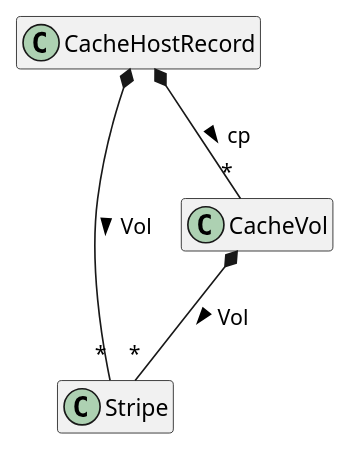
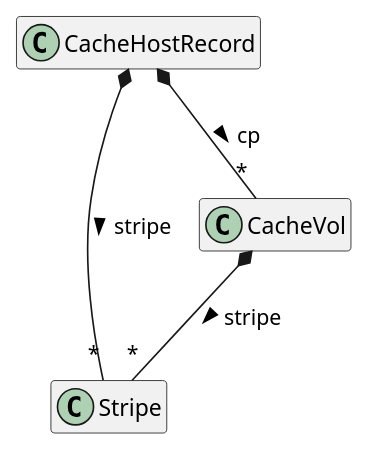
Before and after one commit to apache/trafficserver: the diagram in doc/developer-guide/cache-architecture/data-structures.en.rst, drawn with PlantUML. The commit also changed 6 other files, not shown here.

```diff
--- a/doc/developer-guide/cache-architecture/data-structures.en.rst
+++ b/doc/developer-guide/cache-architecture/data-structures.en.rst
@@ -25,8 +25,8 @@
 .. uml::
    :align: center
 
    hide empty members
 
-   CacheHostRecord *-- "*" Stripe : Vol >
+   CacheHostRecord *-- "*" Stripe : stripe >
    CacheHostRecord *-- "*" CacheVol : cp >
-   CacheVol *-- "*" Stripe : Vol >
+   CacheVol *-- "*" Stripe : stripe >
```
